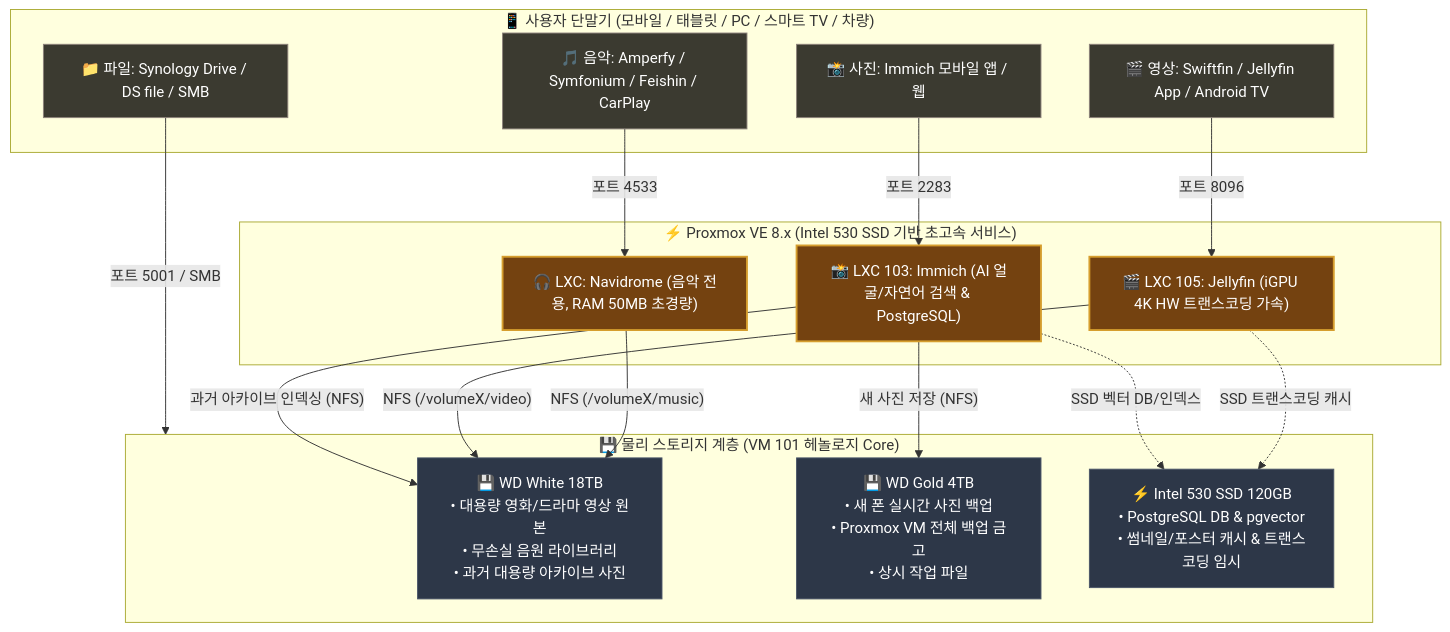
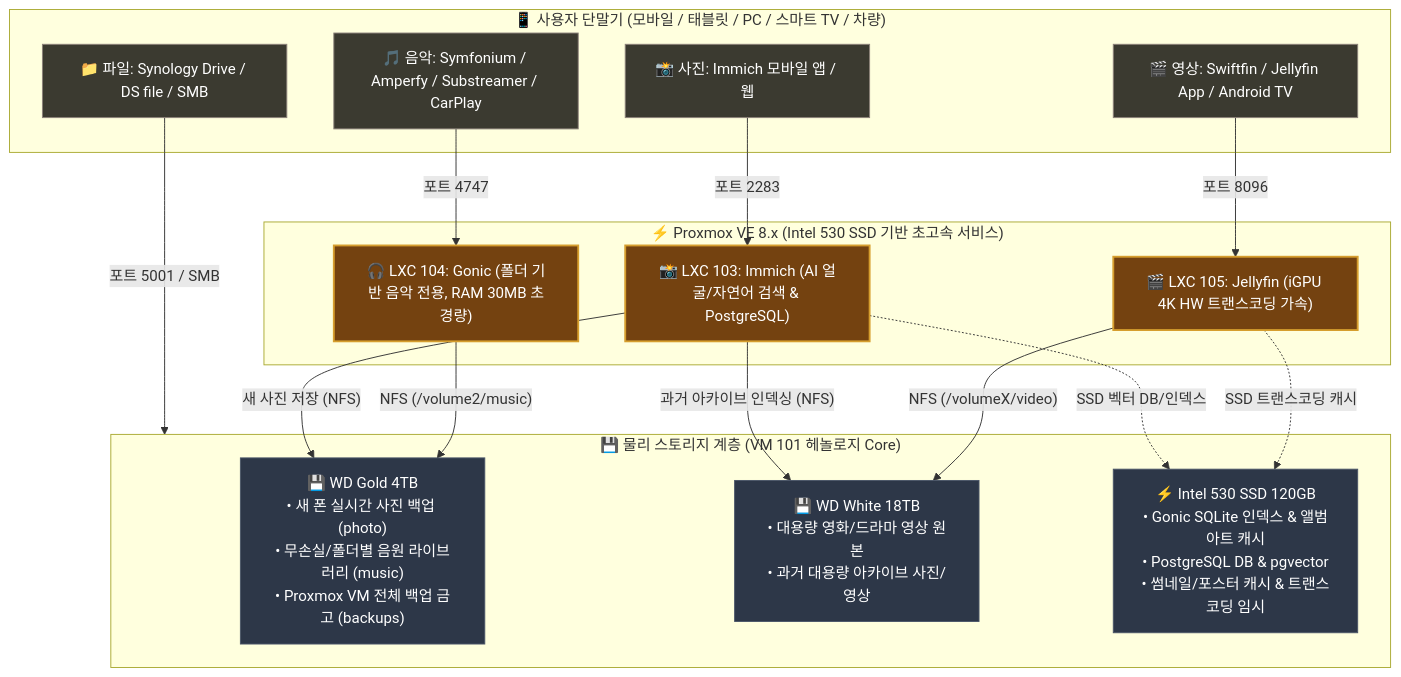
The diagram in self-nas/docs/07_media_services_master_guide.md (waceh/nas), drawn with Mermaid before and after one commit. The commit also changed other lines of this file and 6 other files, not shown here.

````diff
--- a/self-nas/docs/07_media_services_master_guide.md
+++ b/self-nas/docs/07_media_services_master_guide.md
@@ -9,45 +9,45 @@
 ```mermaid
 flowchart TB
     %% Styles
     classDef hw fill:#24292e,stroke:#444d56,stroke-width:2px,color:#fff;
     classDef pve fill:#1a365d,stroke:#2b6cb0,stroke-width:2px,color:#fff;
     classDef lxc fill:#744210,stroke:#d69e2e,stroke-width:2px,color:#fff;
     classDef vm fill:#1c4532,stroke:#276749,stroke-width:2px,color:#fff;
     classDef client fill:#3b3a30,stroke:#8c827a,stroke-width:1px,color:#fff;
     classDef storage fill:#2d3748,stroke:#4a5568,stroke-width:1px,color:#fff;
 
     %% Clients
     subgraph Clients["📱 사용자 단말기 (모바일 / 태블릿 / PC / 스마트 TV / 차량)"]
-        C_Music["🎵 음악: Amperfy / Symfonium / Feishin / CarPlay"]:::client
+        C_Music["🎵 음악: Symfonium / Amperfy / Substreamer / CarPlay"]:::client
         C_Video["🎬 영상: Swiftfin / Jellyfin App / Android TV"]:::client
         C_Photo["📸 사진: Immich 모바일 앱 / 웹"]:::client
         C_File["📁 파일: Synology Drive / DS file / SMB"]:::client
     end
 
     %% Proxmox Native LXC (SSD)
     subgraph PVE["⚡ Proxmox VE 8.x (Intel 530 SSD 기반 초고속 서비스)"]
-        LXC_Music["🎧 LXC: Navidrome (음악 전용, RAM 50MB 초경량)"]:::lxc
+        LXC_Music["🎧 LXC 104: Gonic (폴더 기반 음악 전용, RAM 30MB 초경량)"]:::lxc
         LXC_Video["🎬 LXC 105: Jellyfin (iGPU 4K HW 트랜스코딩 가속)"]:::lxc
         LXC_Photo["📸 LXC 103: Immich (AI 얼굴/자연어 검색 & PostgreSQL)"]:::lxc
     end
 
     %% Storage Core
     subgraph Storage["💾 물리 스토리지 계층 (VM 101 헤놀로지 Core)"]
-        HDD_18TB["💾 WD White 18TB<br/>• 대용량 영화/드라마 영상 원본<br/>• 무손실 음원 라이브러리<br/>• 과거 대용량 아카이브 사진"]:::storage
-        HDD_4TB["💾 WD Gold 4TB<br/>• 새 폰 실시간 사진 백업<br/>• Proxmox VM 전체 백업 금고<br/>• 상시 작업 파일"]:::storage
-        SSD_530["⚡ Intel 530 SSD 120GB<br/>• PostgreSQL DB & pgvector<br/>• 썸네일/포스터 캐시 & 트랜스코딩 임시"]:::storage
+        HDD_4TB["💾 WD Gold 4TB<br/>• 새 폰 실시간 사진 백업 (photo)<br/>• 무손실/폴더별 음원 라이브러리 (music)<br/>• Proxmox VM 전체 백업 금고 (backups)"]:::storage
+        HDD_18TB["💾 WD White 18TB<br/>• 대용량 영화/드라마 영상 원본<br/>• 과거 대용량 아카이브 사진/영상"]:::storage
+        SSD_530["⚡ Intel 530 SSD 120GB<br/>• Gonic SQLite 인덱스 & 앨범아트 캐시<br/>• PostgreSQL DB & pgvector<br/>• 썸네일/포스터 캐시 & 트랜스코딩 임시"]:::storage
     end
 
     %% Routing
-    C_Music -->|"포트 4533"| LXC_Music
+    C_Music -->|"포트 4747"| LXC_Music
     C_Video -->|"포트 8096"| LXC_Video
     C_Photo -->|"포트 2283"| LXC_Photo
     C_File -->|"포트 5001 / SMB"| Storage
 
-    LXC_Music -->|"NFS (/volumeX/music)"| HDD_18TB
+    LXC_Music -->|"NFS (/volume2/music)"| HDD_4TB
     LXC_Video -->|"NFS (/volumeX/video)"| HDD_18TB
     LXC_Video -.->|"SSD 트랜스코딩 캐시"| SSD_530
     LXC_Photo -->|"새 사진 저장 (NFS)"| HDD_4TB
     LXC_Photo -->|"과거 아카이브 인덱싱 (NFS)"| HDD_18TB
     LXC_Photo -.->|"SSD 벡터 DB/인덱스"| SSD_530
 ```
````
